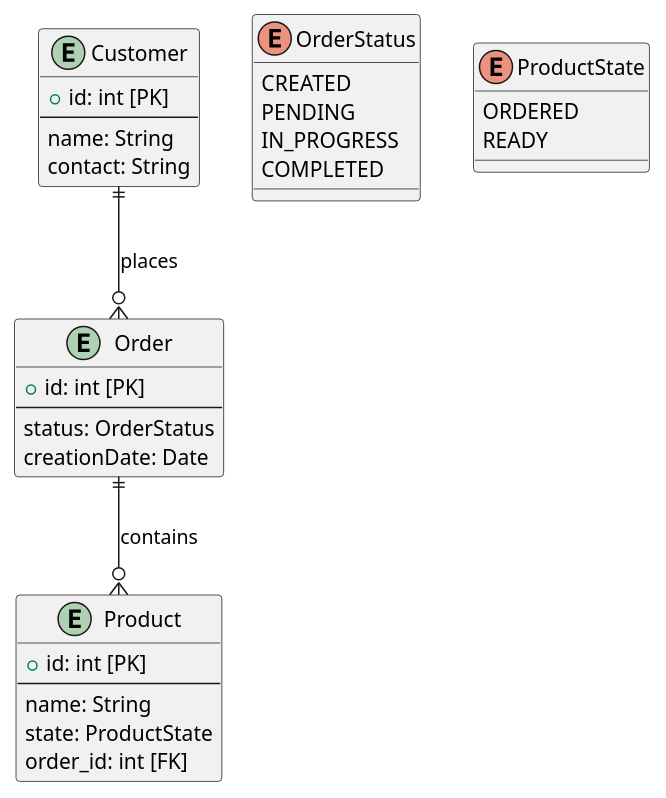
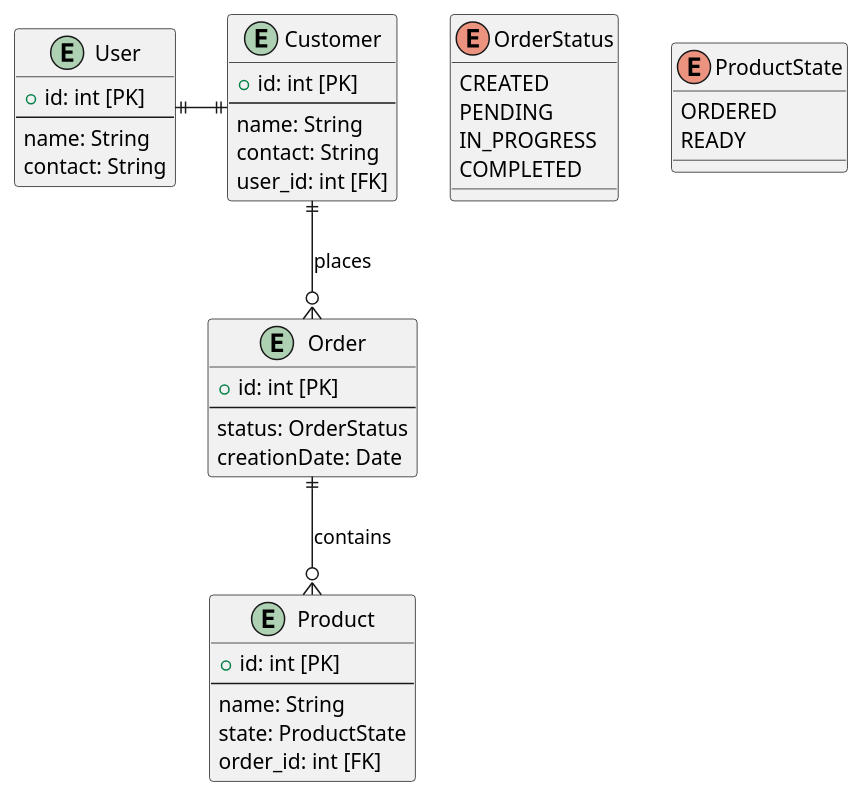
The diagram in example_app/erd.pu (CVUT-FS-12110/Design-of-Information-Systems), drawn with PlantUML before and after one commit. The commit also changed 5 other files, not shown here.

Commit message:
new diagrams

```diff
--- a/example_app/erd.pu
+++ b/example_app/erd.pu
@@ -1,40 +1,50 @@
 @startuml
+
+entity User {
+    + id: int [PK]
+    --
+    name: String
+    contact: String
+}
+
 
 entity Customer {
     + id: int [PK]
     --
     name: String
     contact: String
+    user_id: int [FK]
 }
 
 entity Order {
     + id: int [PK]
     --
     status: OrderStatus
     creationDate: Date
 }
 
 entity Product {
     + id: int [PK]
     --
     name: String
     state: ProductState
     order_id: int [FK]
 }
 
 enum OrderStatus {
     CREATED
     PENDING
     IN_PROGRESS
     COMPLETED
 }
 
 enum ProductState {
     ORDERED
     READY
 }
 
+User ||-|| Customer
 Customer ||--o{ Order : "places"
 Order ||--o{ Product : "contains"
 
 @enduml
```
